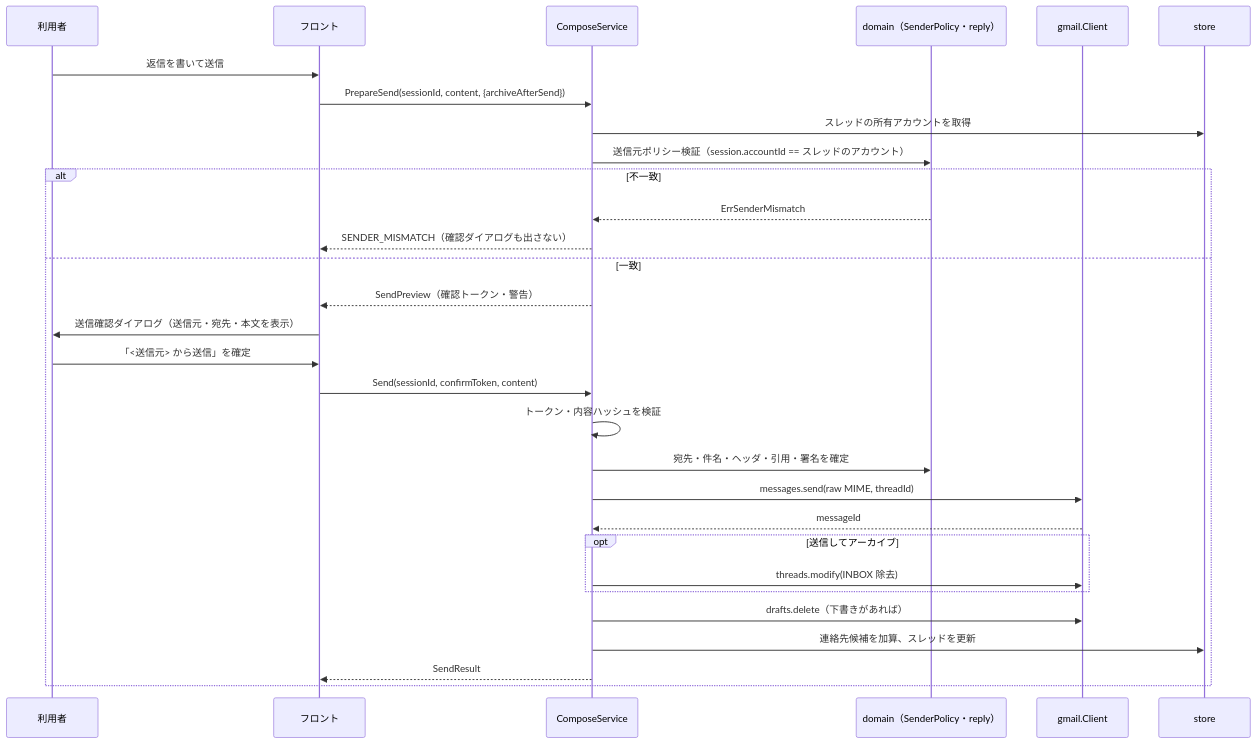
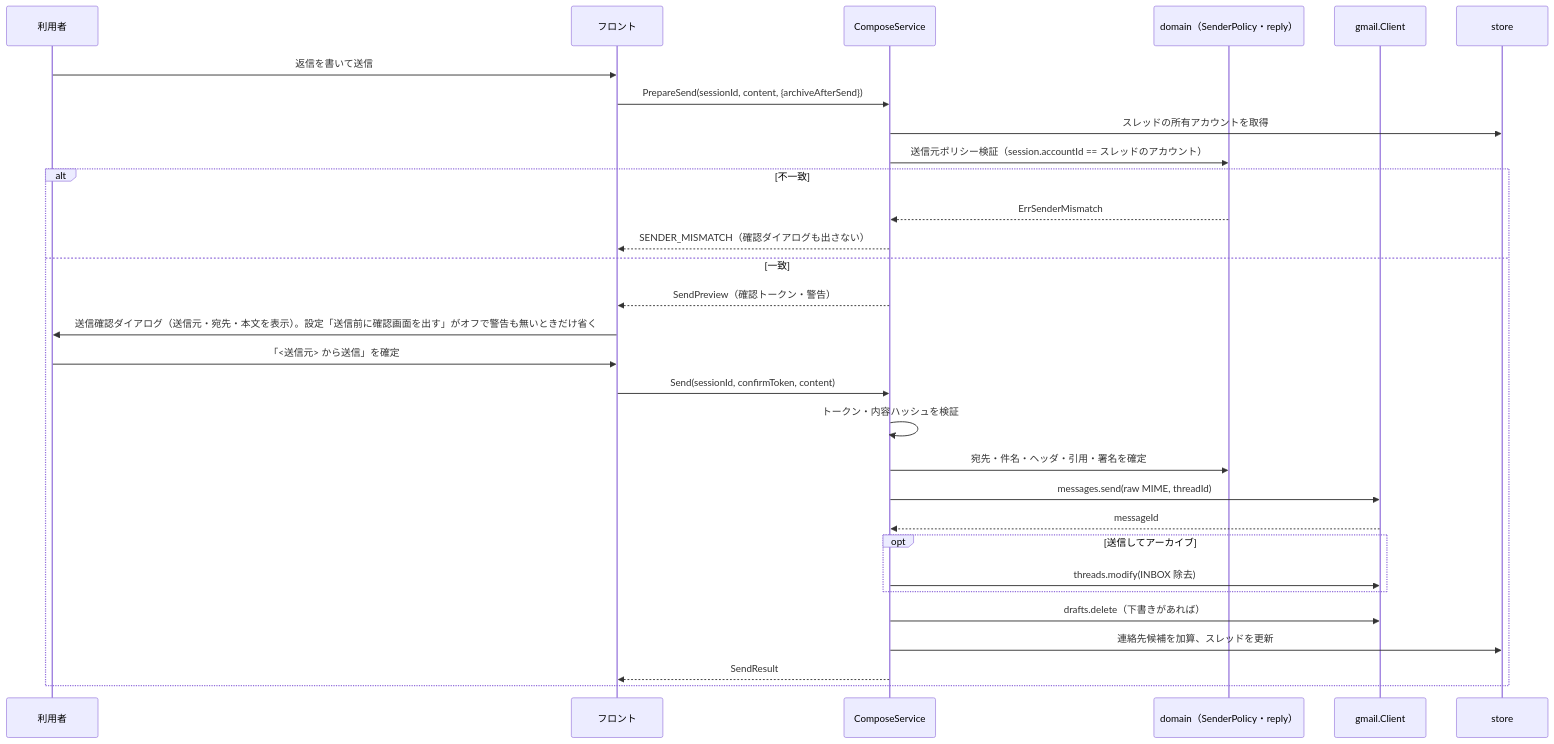
The fifth of 8 diagrams in docs/architecture/overview.md (ousiassllc/hitomado), drawn with Mermaid before and after one commit. The commit also changed other lines of this file and 2 other files, not shown here.

````diff
--- a/docs/architecture/overview.md
+++ b/docs/architecture/overview.md
@@ -244,33 +244,33 @@
 ```mermaid
 sequenceDiagram
   participant U as 利用者
   participant FE as フロント
   participant CS as ComposeService
   participant DM as domain（SenderPolicy・reply）
   participant GM as gmail.Client
   participant DB as store
 
   U->>FE: 返信を書いて送信
   FE->>CS: PrepareSend(sessionId, content, {archiveAfterSend})
   CS->>DB: スレッドの所有アカウントを取得
   CS->>DM: 送信元ポリシー検証（session.accountId == スレッドのアカウント）
   alt 不一致
     DM-->>CS: ErrSenderMismatch
     CS-->>FE: SENDER_MISMATCH（確認ダイアログも出さない）
   else 一致
     CS-->>FE: SendPreview（確認トークン・警告）
-    FE->>U: 送信確認ダイアログ（送信元・宛先・本文を表示）
+    FE->>U: 送信確認ダイアログ（送信元・宛先・本文を表示）。設定「送信前に確認画面を出す」がオフで警告も無いときだけ省く
     U->>FE: 「<送信元> から送信」を確定
     FE->>CS: Send(sessionId, confirmToken, content)
     CS->>CS: トークン・内容ハッシュを検証
     CS->>DM: 宛先・件名・ヘッダ・引用・署名を確定
     CS->>GM: messages.send(raw MIME, threadId)
     GM-->>CS: messageId
     opt 送信してアーカイブ
       CS->>GM: threads.modify(INBOX 除去)
     end
     CS->>GM: drafts.delete（下書きがあれば）
     CS->>DB: 連絡先候補を加算、スレッドを更新
     CS-->>FE: SendResult
   end
 ```
````
